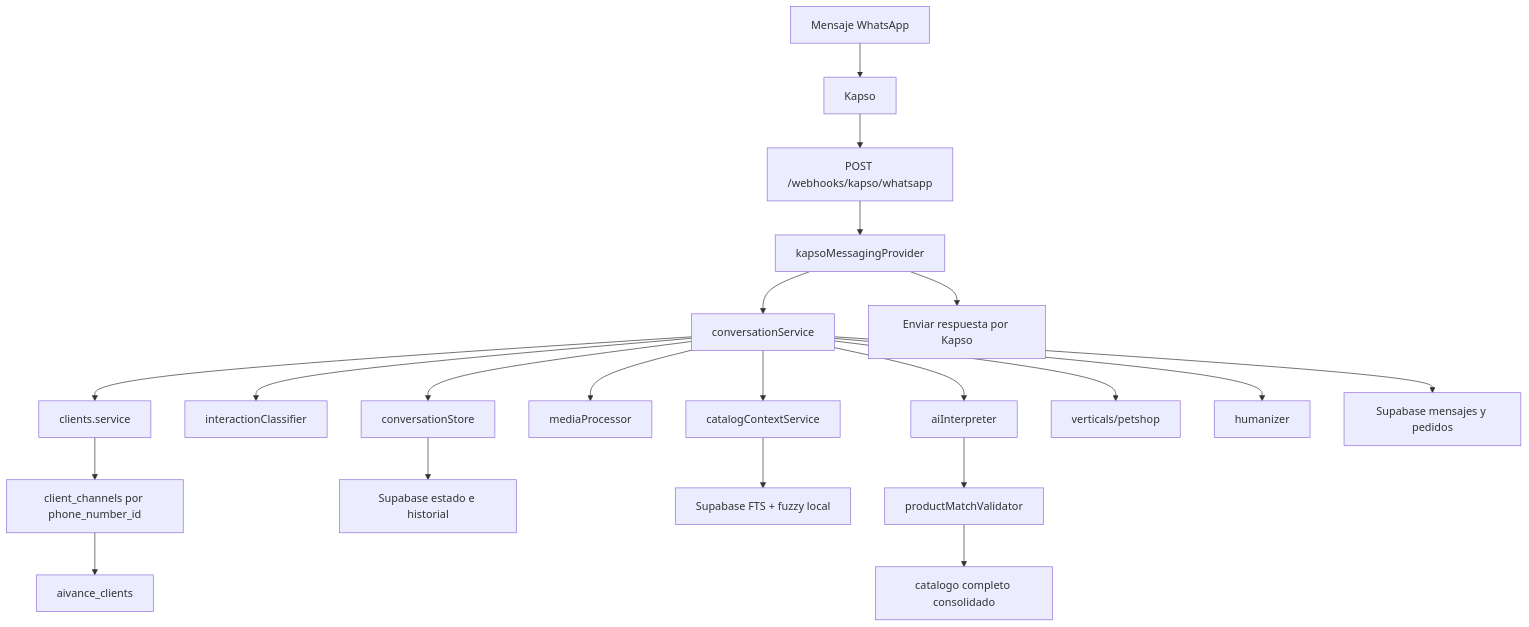
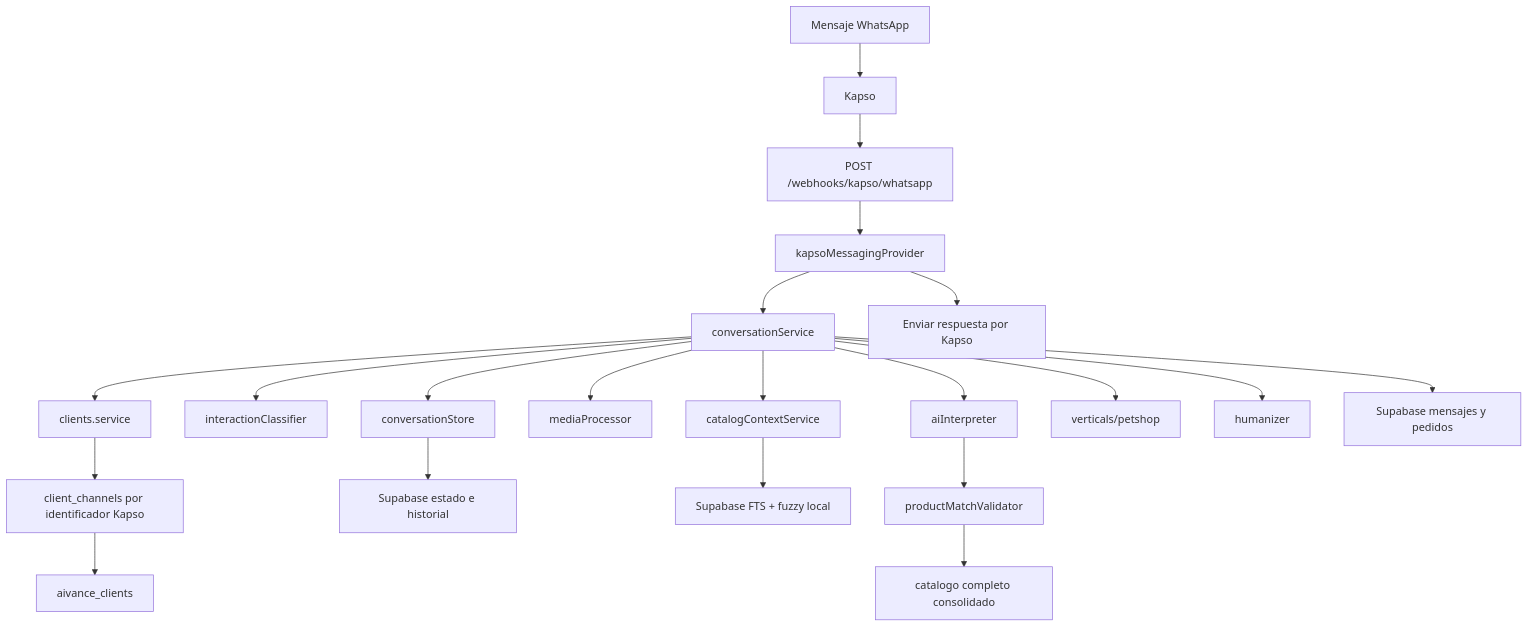
Before and after one commit to FGomezOspina/whatssappAI: the diagram in docs/project-context.md, drawn with Mermaid. The commit also changed other lines of this file and 18 other files, not shown here.

````diff
--- a/docs/project-context.md
+++ b/docs/project-context.md
@@ -19,23 +24,23 @@
 ```mermaid
 flowchart TD
   A["Mensaje WhatsApp"] --> B["Kapso"]
   B --> C["POST /webhooks/kapso/whatsapp"]
   C --> D["kapsoMessagingProvider"]
   D --> E["conversationService"]
   E --> F["clients.service"]
-  F --> G["client_channels por phone_number_id"]
+  F --> G["client_channels por identificador Kapso"]
   G --> H["aivance_clients"]
   E --> I["interactionClassifier"]
   E --> J["conversationStore"]
   J --> K["Supabase estado e historial"]
   E --> L["mediaProcessor"]
   E --> M["catalogContextService"]
   M --> N["Supabase FTS + fuzzy local"]
   E --> O["aiInterpreter"]
   O --> P["productMatchValidator"]
   P --> Q["catalogo completo consolidado"]
   E --> R["verticals/petshop"]
   E --> S["humanizer"]
   E --> T["Supabase mensajes y pedidos"]
   D --> U["Enviar respuesta por Kapso"]
 ```
````
